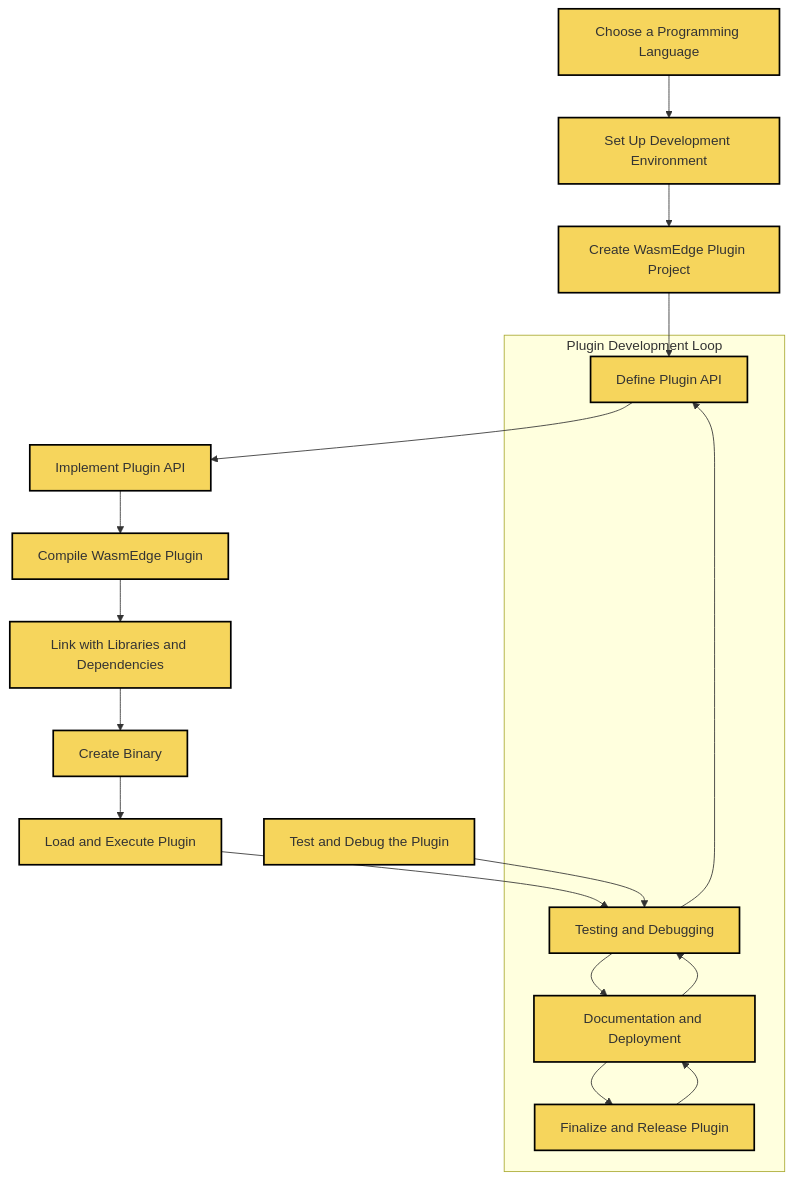
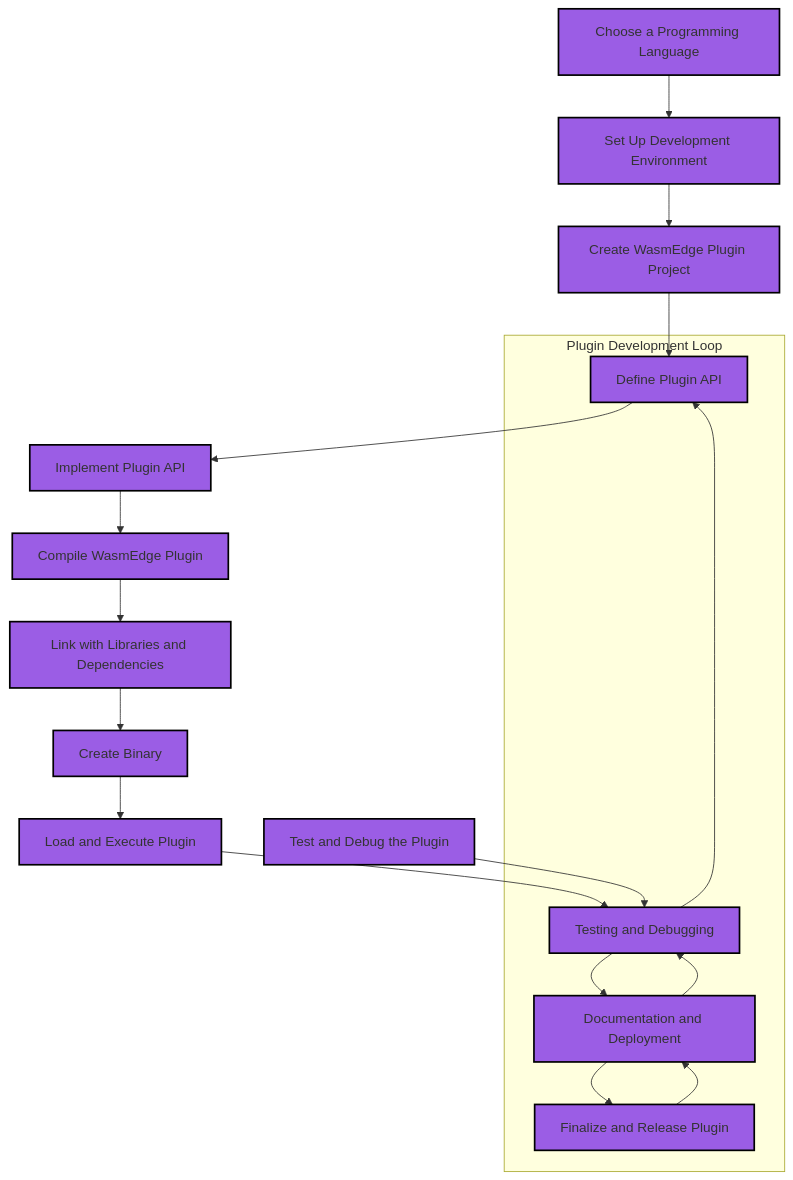
One commit to WasmEdge/docs changed the diagram in docs/contribute/plugin/plugin_requirement.md. Above: the diagram before and after it, drawn with Mermaid. The commit also changed other lines of this file, not shown here.

Commit message:
updating front color in flowchart

````diff
--- a/docs/contribute/plugin/plugin_requirement.md
+++ b/docs/contribute/plugin/plugin_requirement.md
@@ -128,37 +130,38 @@
 ```mermaid
+
 graph TD;
     A[Choose a Programming Language] --> B[Set Up Development Environment]
     B --> C[Create WasmEdge Plugin Project]
     C --> D[Define Plugin API]
     D --> E[Implement Plugin API]
     E --> F[Compile WasmEdge Plugin]
     F --> G[Link with Libraries and Dependencies]
     G --> H[Create Binary]
     H --> I[Load and Execute Plugin]
     I --> J[Testing and Debugging]
     J --> K[Documentation and Deployment]
     K --> L[Finalize and Release Plugin]
 
     subgraph Plugin Development Loop
         J --> D
         K --> J
         L --> K
     end
 
-    style A fill:#F6D55C,stroke:#000000,stroke-width:2px;
-    style B fill:#F6D55C,stroke:#000000,stroke-width:2px;
-    style C fill:#F6D55C,stroke:#000000,stroke-width:2px;
-    style D fill:#F6D55C,stroke:#000000,stroke-width:2px;
-    style E fill:#F6D55C,stroke:#000000,stroke-width:2px;
-    style F fill:#F6D55C,stroke:#000000,stroke-width:2px;
-    style G fill:#F6D55C,stroke:#000000,stroke-width:2px;
-    style H fill:#F6D55C,stroke:#000000,stroke-width:2px;
-    style I fill:#F6D55C,stroke:#000000,stroke-width:2px;
-    style J fill:#F6D55C,stroke:#000000,stroke-width:2px;
-    style K fill:#F6D55C,stroke:#000000,stroke-width:2px;
-    style L fill:#F6D55C,stroke:#000000,stroke-width:2px;
-    style M fill:#F6D55C,stroke:#000000,stroke-width:2px;
+    style A fill:#9B5DE5,stroke:#000000,stroke-width:2px;
+    style B fill:#9B5DE5,stroke:#000000,stroke-width:2px;
+    style C fill:#9B5DE5,stroke:#000000,stroke-width:2px;
+    style D fill:#9B5DE5,stroke:#000000,stroke-width:2px;
+    style E fill:#9B5DE5,stroke:#000000,stroke-width:2px;
+    style F fill:#9B5DE5,stroke:#000000,stroke-width:2px;
+    style G fill:#9B5DE5,stroke:#000000,stroke-width:2px;
+    style H fill:#9B5DE5,stroke:#000000,stroke-width:2px;
+    style I fill:#9B5DE5,stroke:#000000,stroke-width:2px;
+    style J fill:#9B5DE5,stroke:#000000,stroke-width:2px;
+    style K fill:#9B5DE5,stroke:#000000,stroke-width:2px;
+    style L fill:#9B5DE5,stroke:#000000,stroke-width:2px;
+    style M fill:#9B5DE5,stroke:#000000,stroke-width:2px;
 
     M[Test and Debug the Plugin] --> J
 
 ```
````
